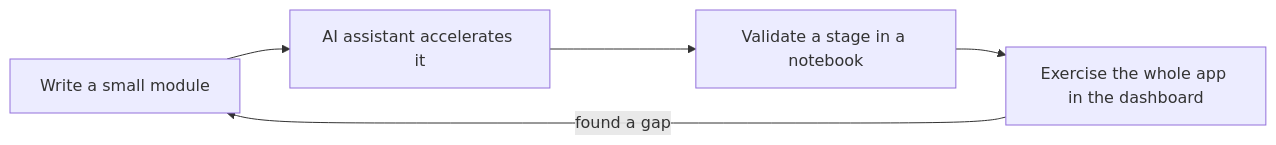
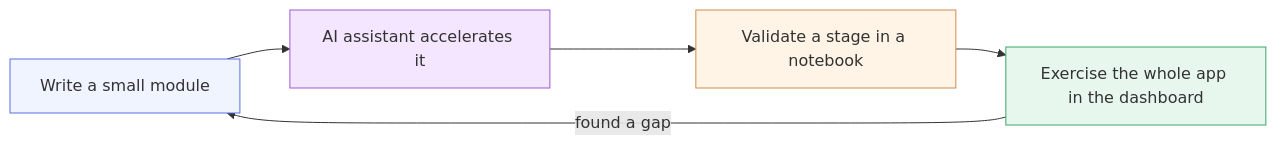
One commit to LinkedInLearning/docker-for-local-ai-app-development-build-lightweight-containerized-ai-applications-11189001 changed the second of 2 diagrams in chapter_3/l4/README.md. Above: the diagram before and after it, drawn with Mermaid. The commit also changed other lines of this file and 4 other files, not shown here.

````diff
--- a/chapter_3/l4/README.md
+++ b/chapter_3/l4/README.md
@@ -116,7 +127,16 @@
 ```mermaid
 flowchart LR
     A[Write a small module] --> B[AI assistant accelerates it]
     B --> C[Validate a stage in a notebook]
     C --> D[Exercise the whole app in the dashboard]
     D -->|found a gap| A
+
+    classDef data fill:#f0f4ff,stroke:#5b6ee1,stroke-width:1px;
+    classDef special fill:#f5e6ff,stroke:#9b5bd1,stroke-width:1px;
+    classDef action fill:#fff4e6,stroke:#d28b4f,stroke-width:1px;
+    classDef runtime fill:#e8f7ee,stroke:#3aa667,stroke-width:1px;
+    class A data;
+    class B special;
+    class C action;
+    class D runtime;
 ```
````
